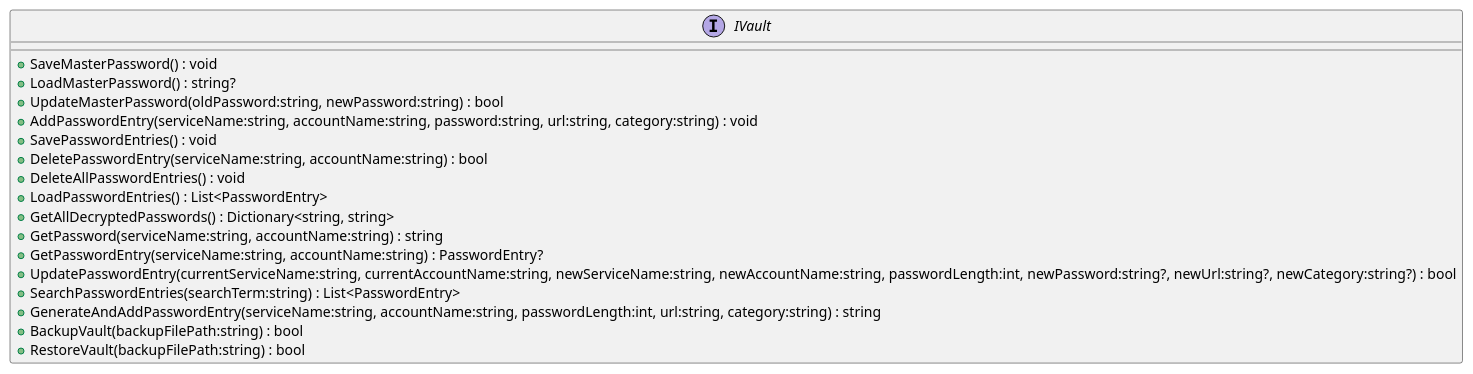
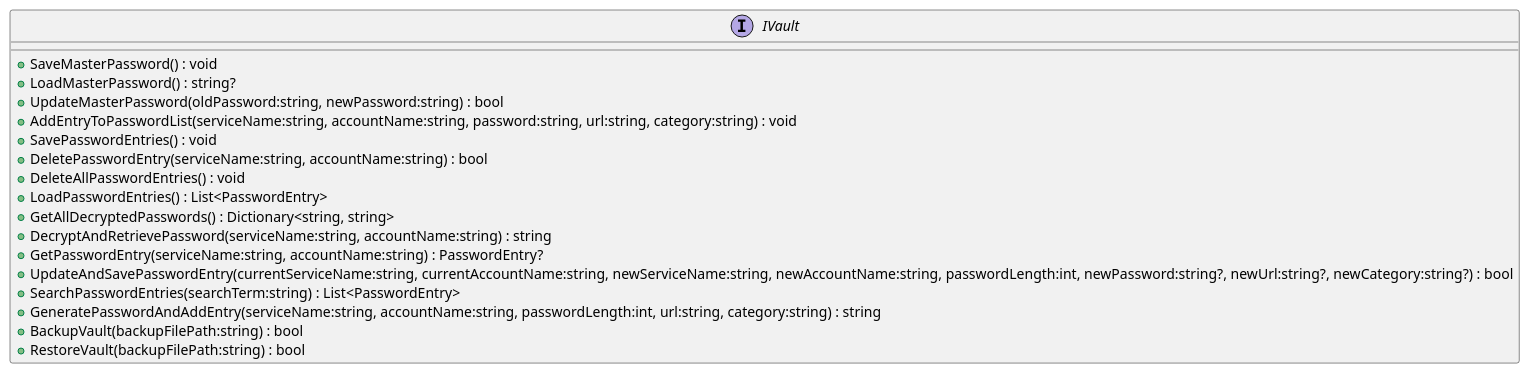
Before and after one commit to BeierKevin/KeyVaultCLI: the diagram in uml/src/KeyVaultCli.Domain/Common/Interfaces/IVault.puml, drawn with PlantUML. The commit also changed 5 other files, not shown here.

Commit message:
updated uml diagram

```diff
--- a/uml/src/KeyVaultCli.Domain/Common/Interfaces/IVault.puml
+++ b/uml/src/KeyVaultCli.Domain/Common/Interfaces/IVault.puml
@@ -1,20 +1,20 @@
 @startuml
 interface IVault {
     + SaveMasterPassword() : void
     + LoadMasterPassword() : string?
     + UpdateMasterPassword(oldPassword:string, newPassword:string) : bool
-    + AddPasswordEntry(serviceName:string, accountName:string, password:string, url:string, category:string) : void
+    + AddEntryToPasswordList(serviceName:string, accountName:string, password:string, url:string, category:string) : void
     + SavePasswordEntries() : void
     + DeletePasswordEntry(serviceName:string, accountName:string) : bool
     + DeleteAllPasswordEntries() : void
     + LoadPasswordEntries() : List<PasswordEntry>
     + GetAllDecryptedPasswords() : Dictionary<string, string>
-    + GetPassword(serviceName:string, accountName:string) : string
+    + DecryptAndRetrievePassword(serviceName:string, accountName:string) : string
     + GetPasswordEntry(serviceName:string, accountName:string) : PasswordEntry?
-    + UpdatePasswordEntry(currentServiceName:string, currentAccountName:string, newServiceName:string, newAccountName:string, passwordLength:int, newPassword:string?, newUrl:string?, newCategory:string?) : bool
+    + UpdateAndSavePasswordEntry(currentServiceName:string, currentAccountName:string, newServiceName:string, newAccountName:string, passwordLength:int, newPassword:string?, newUrl:string?, newCategory:string?) : bool
     + SearchPasswordEntries(searchTerm:string) : List<PasswordEntry>
-    + GenerateAndAddPasswordEntry(serviceName:string, accountName:string, passwordLength:int, url:string, category:string) : string
+    + GeneratePasswordAndAddEntry(serviceName:string, accountName:string, passwordLength:int, url:string, category:string) : string
     + BackupVault(backupFilePath:string) : bool
     + RestoreVault(backupFilePath:string) : bool
 }
 @enduml
```
